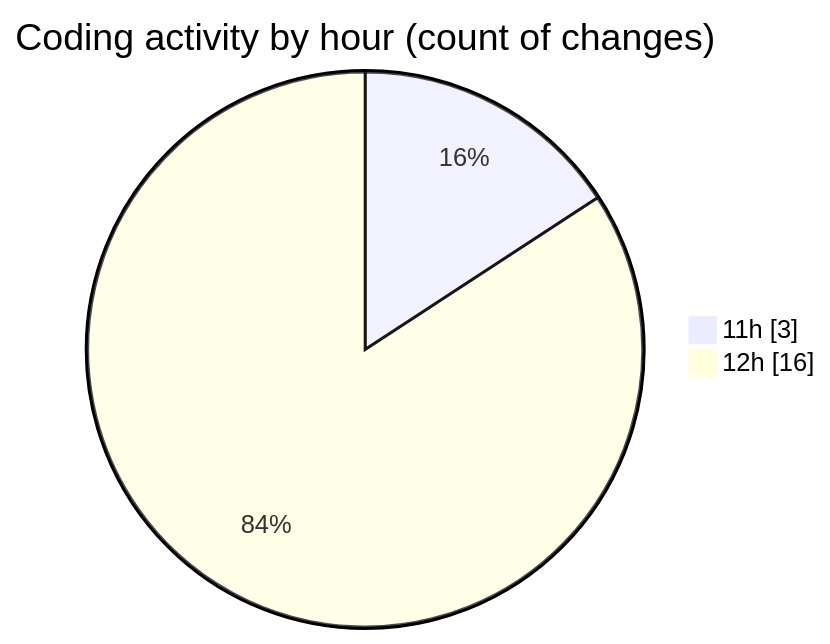
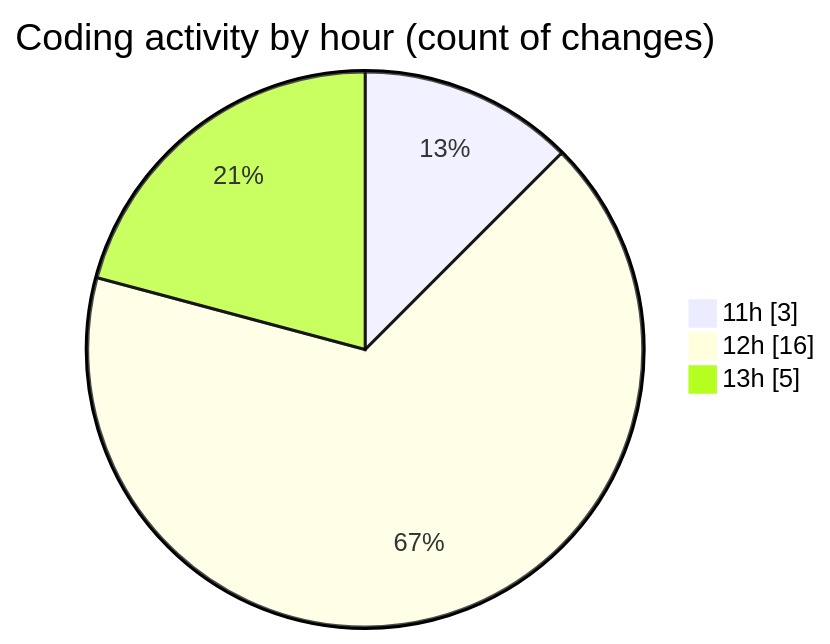
One commit to nxtqubesakshisongat/code-tracking changed the second of 2 diagrams in 2025-06-03/nxtqube_webapp/README.md. Above: the diagram before and after it, drawn with Mermaid. The commit also changed other lines of this file and 1 other file, not shown here.

````diff
--- a/2025-06-03/nxtqube_webapp/README.md
+++ b/2025-06-03/nxtqube_webapp/README.md
@@ -28,6 +28,7 @@
 ```mermaid
 pie showData
 title Coding activity by hour (count of changes)
 "11h" : 3
 "12h" : 16
+"13h" : 5
 ```
````
